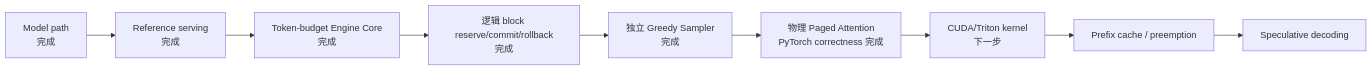
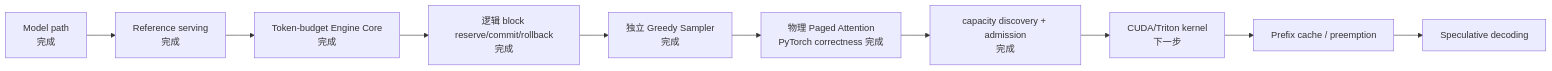
One commit to poorpaper/light-vllm changed the third of 3 diagrams in docs/design.md. Above: the diagram before and after it, drawn with Mermaid. The commit also changed other lines of this file and 40 other files, not shown here.

````diff
--- a/docs/design.md
+++ b/docs/design.md
@@ -204,11 +238,12 @@
 ```mermaid
 flowchart LR
     Model["Model path<br/>完成"] --> Serving["Reference serving<br/>完成"]
     Serving --> Core["Token-budget Engine Core<br/>完成"]
     Core --> Logical["逻辑 block reserve/commit/rollback<br/>完成"]
     Logical --> Sampling["独立 Greedy Sampler<br/>完成"]
     Sampling --> Paged["物理 Paged Attention<br/>PyTorch correctness 完成"]
-    Paged --> Kernel["CUDA/Triton kernel<br/>下一步"]
+    Paged --> Capacity["capacity discovery + admission<br/>完成"]
+    Capacity --> Kernel["CUDA/Triton kernel<br/>下一步"]
     Kernel --> Prefix["Prefix cache / preemption"]
     Prefix --> Spec["Speculative decoding"]
 ```
````
